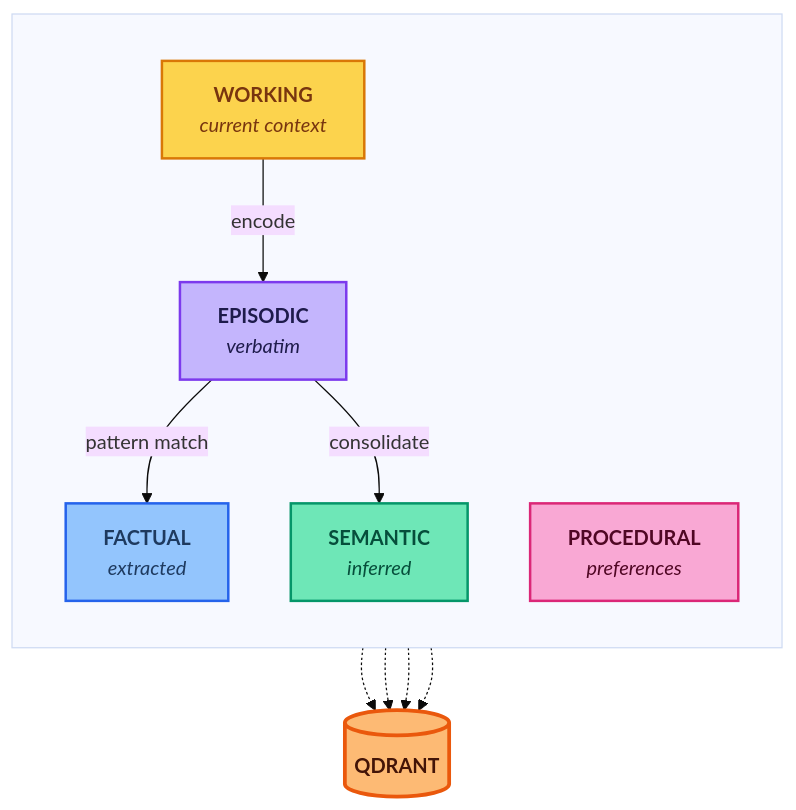
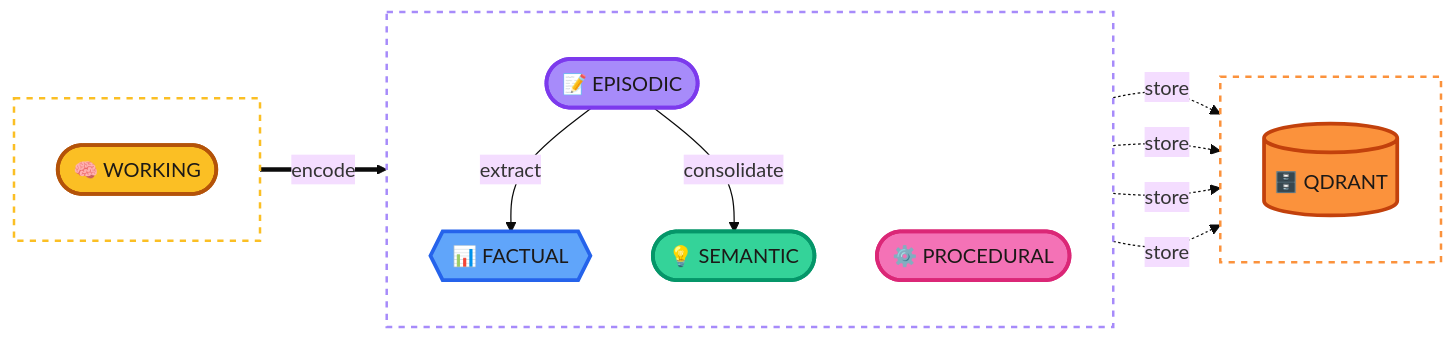
One commit to ashita-ai/engram changed the diagram in README.md. Above: the diagram before and after it, drawn with Mermaid (base theme). The commit also changed other lines of this file and 7 other files, not shown here.

````diff
--- a/README.md
+++ b/README.md
@@ -58,37 +62,40 @@
 ```mermaid
-graph TB
-    subgraph ENGRAM [" "]
+flowchart LR
+    subgraph INPUT [" "]
         direction TB
-
-        EP["<b>EPISODIC</b><br><i>verbatim</i>"]
-        FACT["<b>FACTUAL</b><br><i>extracted</i>"]
-        SEM["<b>SEMANTIC</b><br><i>inferred</i>"]
-        WM["<b>WORKING</b><br><i>current context</i>"]
-        PROC["<b>PROCEDURAL</b><br><i>preferences</i>"]
-
-        WM -->|encode| EP
-        EP -->|pattern match| FACT
-        EP -->|consolidate| SEM
+        WM([🧠 WORKING])
     end
 
-    QD[("<b>QDRANT</b>")]
+    subgraph CORE [" "]
+        direction TB
+        EP([📝 EPISODIC])
+        FACT{{📊 FACTUAL}}
+        SEM([💡 SEMANTIC])
+        PROC([⚙️ PROCEDURAL])
+    end
 
-    EP -.-> QD
-    FACT -.-> QD
-    SEM -.-> QD
-    PROC -.-> QD
+    subgraph STORE [" "]
+        direction TB
+        QD[(🗄️ QDRANT)]
+    end
 
-    classDef episodic fill:#c4b5fd,stroke:#7c3aed,stroke-width:2px,color:#1e1b4b
-    classDef factual fill:#93c5fd,stroke:#2563eb,stroke-width:2px,color:#1e3a5f
-    classDef semantic fill:#6ee7b7,stroke:#059669,stroke-width:2px,color:#064e3b
-    classDef working fill:#fcd34d,stroke:#d97706,stroke-width:2px,color:#78350f
-    classDef procedural fill:#f9a8d4,stroke:#db2777,stroke-width:2px,color:#500724
-    classDef storage fill:#fdba74,stroke:#ea580c,stroke-width:3px,color:#431407
+    WM ==>|encode| EP
+    EP -->|extract| FACT
+    EP -->|consolidate| SEM
 
-    class EP episodic
-    class FACT factual
-    class SEM semantic
-    class WM working
-    class PROC procedural
-    class QD storage
+    EP -.->|store| QD
+    FACT -.->|store| QD
+    SEM -.->|store| QD
+    PROC -.->|store| QD
+
+    style WM fill:#fbbf24,stroke:#b45309,stroke-width:3px,color:#1c1917
+    style EP fill:#a78bfa,stroke:#7c3aed,stroke-width:3px,color:#1c1917
+    style FACT fill:#60a5fa,stroke:#2563eb,stroke-width:3px,color:#1c1917
+    style SEM fill:#34d399,stroke:#059669,stroke-width:3px,color:#1c1917
+    style PROC fill:#f472b6,stroke:#db2777,stroke-width:3px,color:#1c1917
+    style QD fill:#fb923c,stroke:#c2410c,stroke-width:3px,color:#1c1917
+
+    style INPUT fill:transparent,stroke:#fbbf24,stroke-width:2px,stroke-dasharray:5
+    style CORE fill:transparent,stroke:#a78bfa,stroke-width:2px,stroke-dasharray:5
+    style STORE fill:transparent,stroke:#fb923c,stroke-width:2px,stroke-dasharray:5
 ```
````
